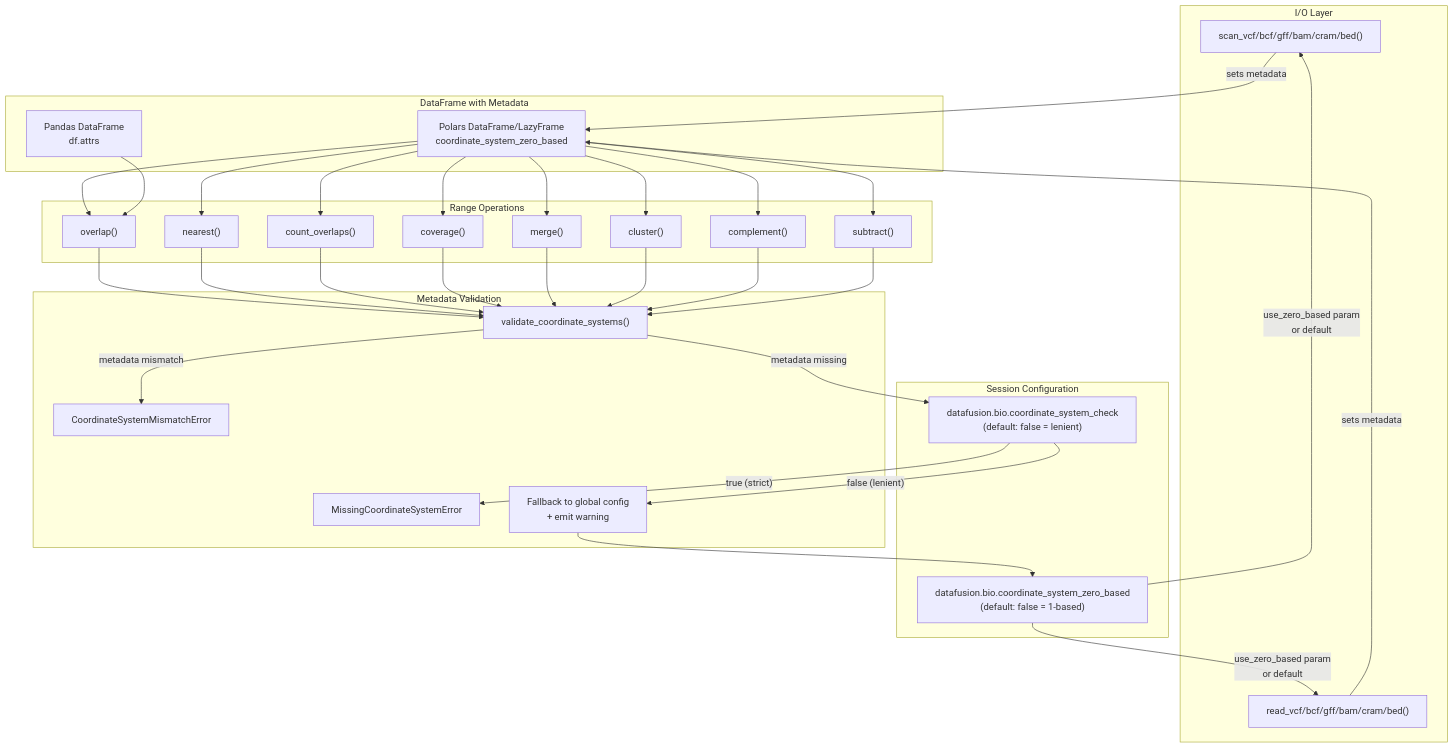
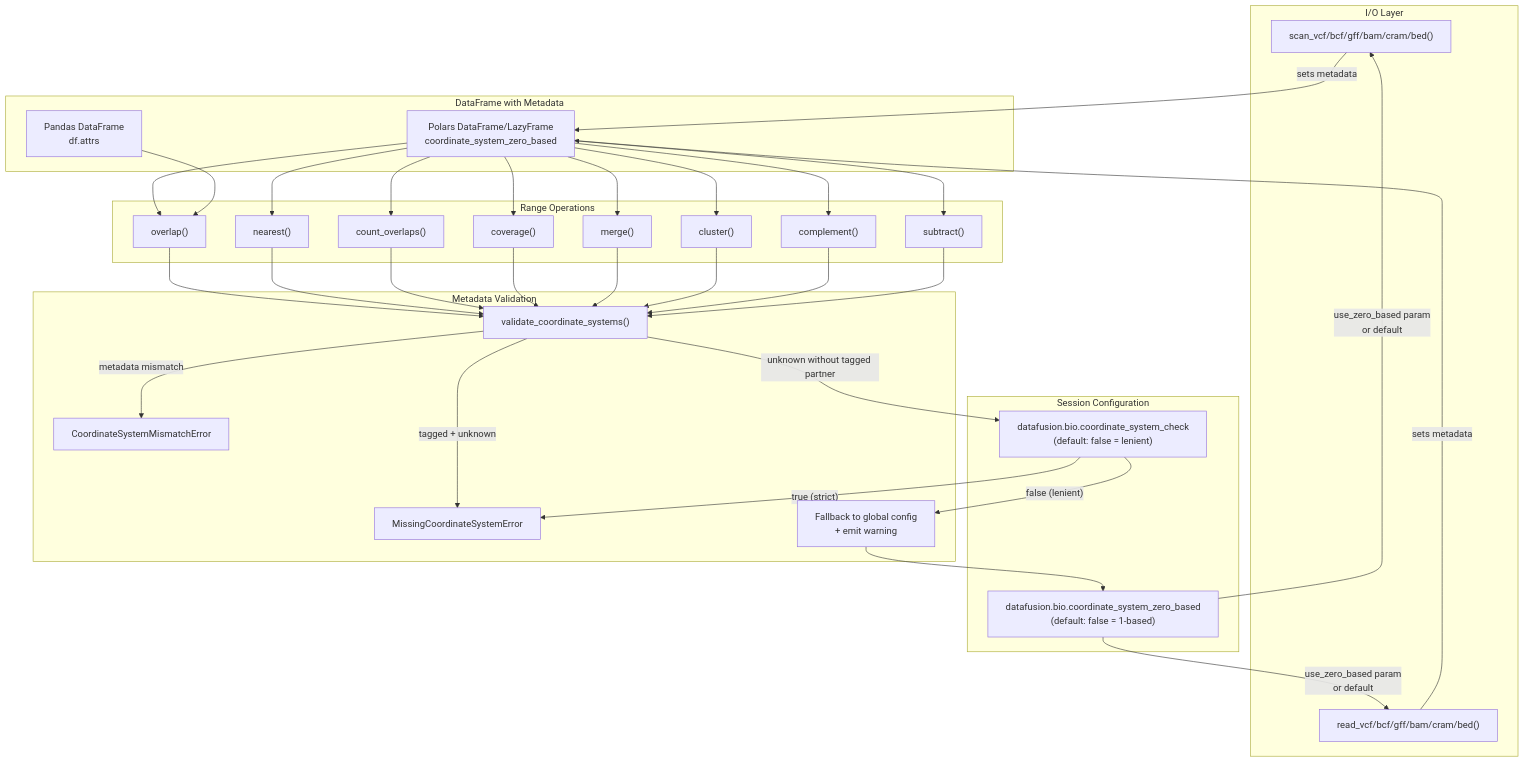
Before and after one commit to biodatageeks/polars-bio: the diagram in docs/features/reading.md, drawn with Mermaid. The commit also changed other lines of this file and 22 other files, not shown here.

````diff
--- a/docs/features/reading.md
+++ b/docs/features/reading.md
@@ -867,65 +905,66 @@
 ```mermaid
 flowchart TB
     subgraph IO["I/O Layer"]
         scan["scan_vcf/bcf/gff/bam/cram/bed()"]
         read["read_vcf/bcf/gff/bam/cram/bed()"]
     end
 
     subgraph Config["Session Configuration"]
         zero_based["datafusion.bio.coordinate_system_zero_based<br/>(default: false = 1-based)"]
         check["datafusion.bio.coordinate_system_check<br/>(default: false = lenient)"]
     end
 
     subgraph DF["DataFrame with Metadata"]
         polars_meta["Polars DataFrame/LazyFrame<br/>coordinate_system_zero_based"]
         pandas_meta["Pandas DataFrame<br/>df.attrs"]
     end
 
     subgraph RangeOps["Range Operations"]
         overlap["overlap()"]
         nearest["nearest()"]
         count["count_overlaps()"]
         coverage["coverage()"]
         merge["merge()"]
         cluster["cluster()"]
         complement["complement()"]
         subtract["subtract()"]
     end
 
     subgraph Validation["Metadata Validation"]
         validate["validate_coordinate_systems()"]
         error1["MissingCoordinateSystemError"]
         error2["CoordinateSystemMismatchError"]
         fallback["Fallback to global config<br/>+ emit warning"]
     end
 
     scan --> |"sets metadata"| polars_meta
     read --> |"sets metadata"| polars_meta
     zero_based --> |"use_zero_based param<br/>or default"| scan
     zero_based --> |"use_zero_based param<br/>or default"| read
 
     polars_meta --> overlap
     polars_meta --> nearest
     polars_meta --> count
     polars_meta --> coverage
     polars_meta --> merge
     polars_meta --> cluster
     polars_meta --> complement
     polars_meta --> subtract
     pandas_meta --> overlap
 
     overlap --> validate
     nearest --> validate
     count --> validate
     coverage --> validate
     merge --> validate
     cluster --> validate
     complement --> validate
     subtract --> validate
 
-    validate --> |"metadata missing"| check
+    validate --> |"tagged + unknown"| error1
+    validate --> |"unknown without tagged partner"| check
     validate --> |"metadata mismatch"| error2
     check --> |"true (strict)"| error1
     check --> |"false (lenient)"| fallback
     fallback --> zero_based
 ```
````
